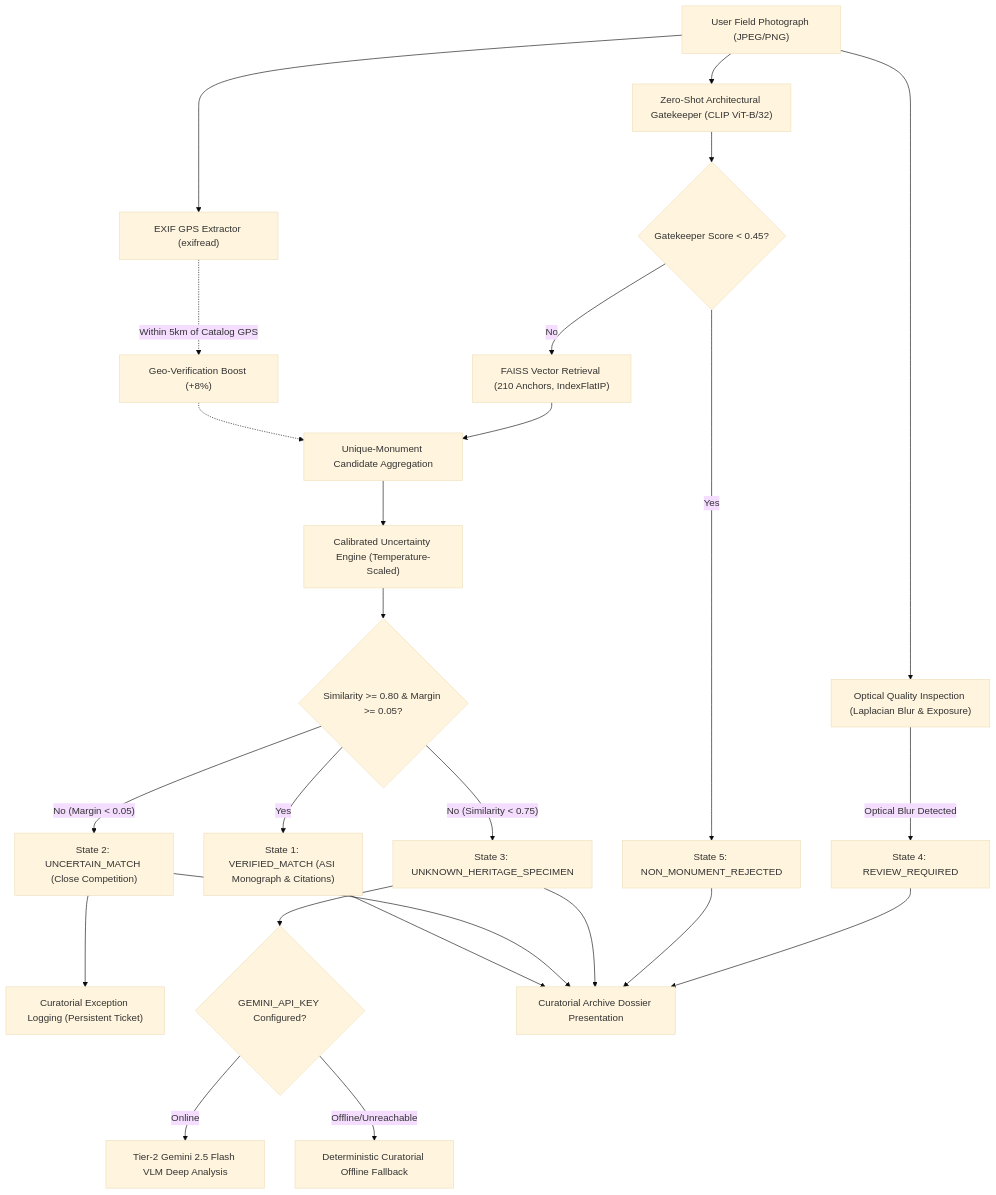
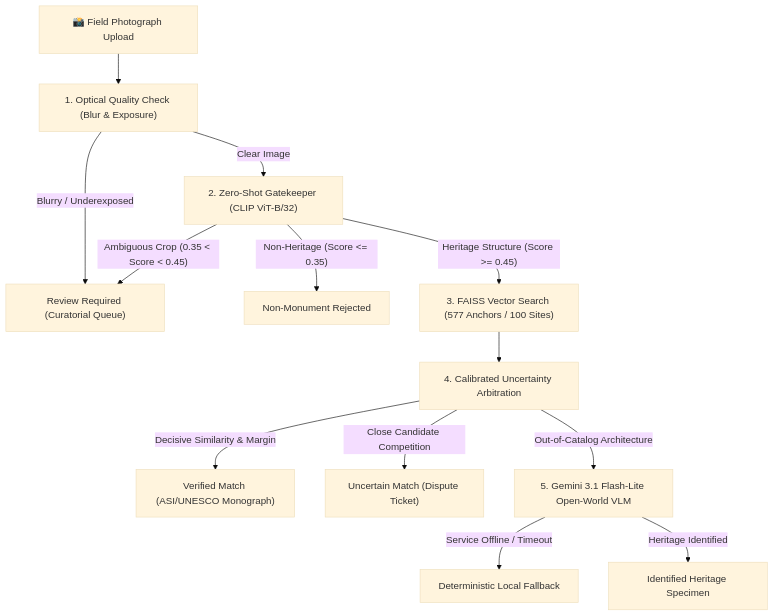
One commit to humaidmalik63-png/Heritage-Recognisation-System changed the diagram in README.md. Above: the diagram before and after it, drawn with Mermaid (base theme). The commit also changed other lines of this file, not shown here.

Commit message:
docs: modernize and simplify README with architecture, quickstart, and live links

````diff
--- a/README.md
+++ b/README.md
@@ -24,36 +33,20 @@
 ```mermaid
 flowchart TD
-    UserUpload["User Field Photograph (JPEG/PNG)"] --> Gatekeeper["Zero-Shot Architectural Gatekeeper (CLIP ViT-B/32)"]
-    UserUpload --> ExifEngine["EXIF GPS Extractor (exifread)"]
-    UserUpload --> QualityCheck["Optical Quality Inspection (Laplacian Blur & Exposure)"]
+    User["📸 Field Photograph Upload"] --> Quality["1. Optical Quality Check (Blur & Exposure)"]
     
-    QualityCheck -- Optical Blur Detected --> ReviewReq["State 4: REVIEW_REQUIRED"]
+    Quality -- Blurry / Underexposed --> ReviewReq["Review Required (Curatorial Queue)"]
+    Quality -- Clear Image --> Gatekeeper["2. Zero-Shot Gatekeeper (CLIP ViT-B/32)"]
     
-    Gatekeeper --> GateCheck{"Gatekeeper Score < 0.45?"}
-    GateCheck -- Yes --> NonMon["State 5: NON_MONUMENT_REJECTED"]
+    Gatekeeper -- Non-Heritage (Score <= 0.35) --> Reject["Non-Monument Rejected"]
+    Gatekeeper -- Ambiguous Crop (0.35 < Score < 0.45) --> ReviewReq
+    Gatekeeper -- Heritage Structure (Score >= 0.45) --> VectorSearch["3. FAISS Vector Search (577 Anchors / 100 Sites)"]
     
-    GateCheck -- No --> FaissSearch["FAISS Vector Retrieval (210 Anchors, IndexFlatIP)"]
-    ExifEngine -. Within 5km of Catalog GPS .-> GeoBoost["Geo-Verification Boost (+8%)"]
-    GeoBoost -.-> CandidateFilter
-    FaissSearch --> CandidateFilter["Unique-Monument Candidate Aggregation"]
+    VectorSearch --> CalibratedEngine["4. Calibrated Uncertainty Arbitration"]
     
-    CandidateFilter --> UncertaintyEngine["Calibrated Uncertainty Engine (Temperature-Scaled)"]
+    CalibratedEngine -- Decisive Similarity & Margin --> VerifiedMatch["Verified Match (ASI/UNESCO Monograph)"]
+    CalibratedEngine -- Close Candidate Competition --> Uncertain["Uncertain Match (Dispute Ticket)"]
+    CalibratedEngine -- Out-of-Catalog Architecture --> GeminiTier2["5. Gemini 3.1 Flash-Lite Open-World VLM"]
     
-    UncertaintyEngine --> DecisiveCheck{"Similarity >= 0.80 & Margin >= 0.05?"}
-    DecisiveCheck -- Yes --> VerifiedMatch["State 1: VERIFIED_MATCH (ASI Monograph & Citations)"]
-    
-    DecisiveCheck -- No (Margin < 0.05) --> UncertainMatch["State 2: UNCERTAIN_MATCH (Close Competition)"]
-    DecisiveCheck -- No (Similarity < 0.75) --> UnknownSpecimen["State 3: UNKNOWN_HERITAGE_SPECIMEN"]
-    
-    UncertainMatch --> ExceptionLogger["Curatorial Exception Logging (Persistent Ticket)"]
-    UnknownSpecimen --> Tier2Check{"GEMINI_API_KEY Configured?"}
-    
-    Tier2Check -- Online --> GeminiVLM["Tier-2 Gemini 2.5 Flash VLM Deep Analysis"]
-    Tier2Check -- Offline/Unreachable --> OfflineFallback["Deterministic Curatorial Offline Fallback"]
-    
-    VerifiedMatch --> Frontend["Curatorial Archive Dossier Presentation"]
-    UncertainMatch --> Frontend
-    UnknownSpecimen --> Frontend
-    NonMon --> Frontend
-    ReviewReq --> Frontend
+    GeminiTier2 -- Service Offline / Timeout --> DeterministicFallback["Deterministic Local Fallback"]
+    GeminiTier2 -- Heritage Identified --> OutOfCatalog["Identified Heritage Specimen"]
 ```
````
